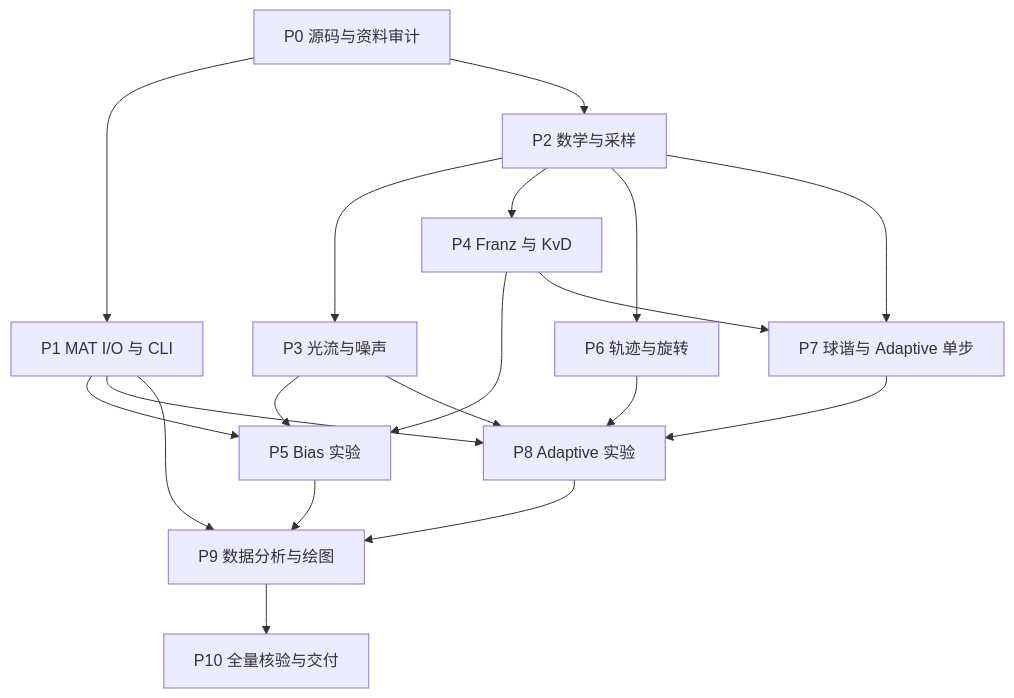
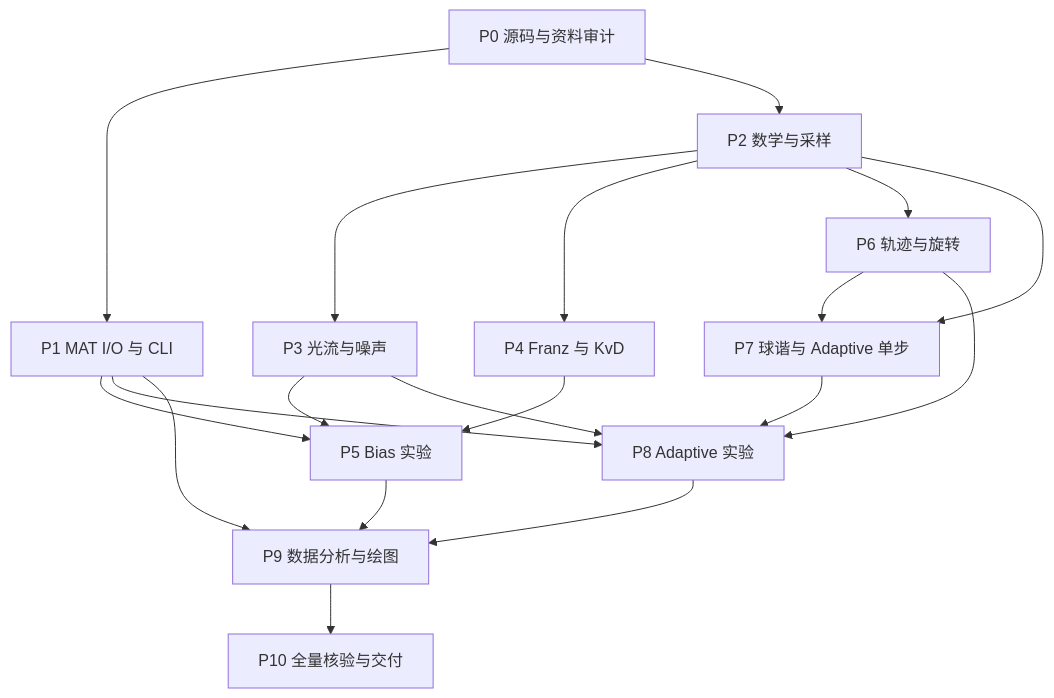
The diagram in PLAN.md (ncut-d1z/Egomotion-Estimation-with-Dense-Flow-Fields), drawn with Mermaid before and after one commit. The commit also changed other lines of this file, not shown here.

Commit message:
docs: decouple adaptive module from KvD implementation

```diff
--- a/PLAN.md
+++ b/PLAN.md
@@ -341,21 +341,21 @@
 ~~~mermaid
 flowchart TD
   P0[P0 源码与资料审计] --> P1[P1 MAT I/O 与 CLI]
   P0 --> P2[P2 数学与采样]
   P1 --> P5[P5 Bias 实验]
   P2 --> P3[P3 光流与噪声]
   P2 --> P4[P4 Franz 与 KvD]
   P3 --> P5
   P4 --> P5
   P2 --> P6[P6 轨迹与旋转]
   P2 --> P7[P7 球谐与 Adaptive 单步]
-  P4 --> P7
+  P6 --> P7
   P3 --> P8[P8 Adaptive 实验]
   P6 --> P8
   P7 --> P8
   P1 --> P8
   P5 --> P9[P9 数据分析与绘图]
   P8 --> P9
   P1 --> P9
   P9 --> P10[P10 全量核验与交付]
 ~~~
```
